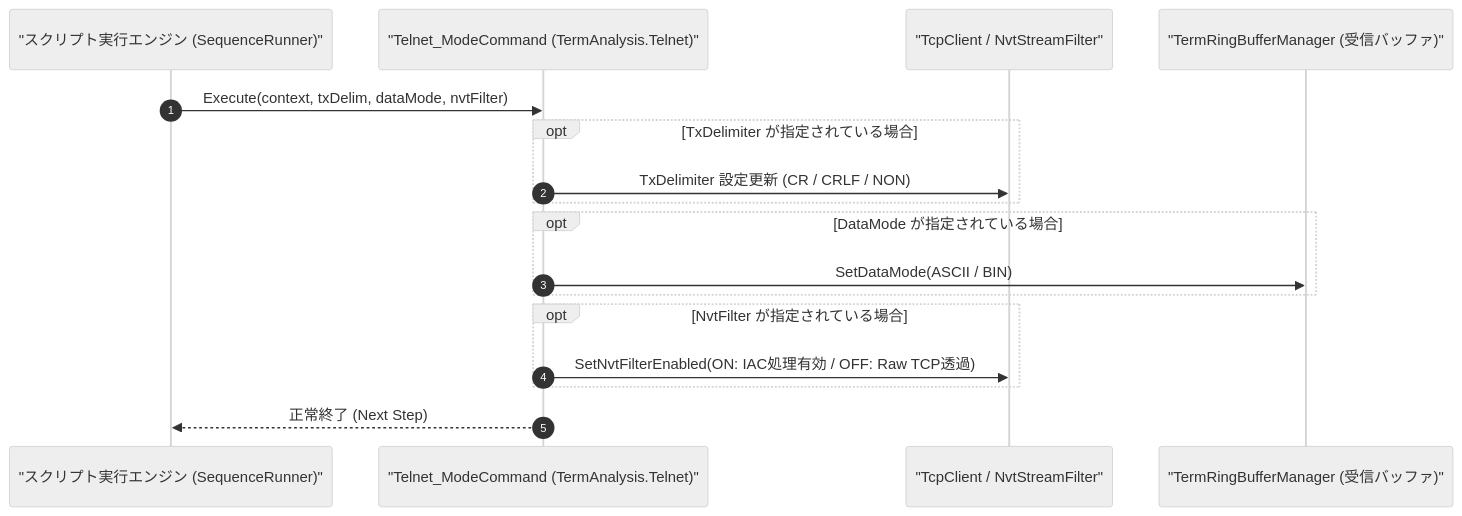
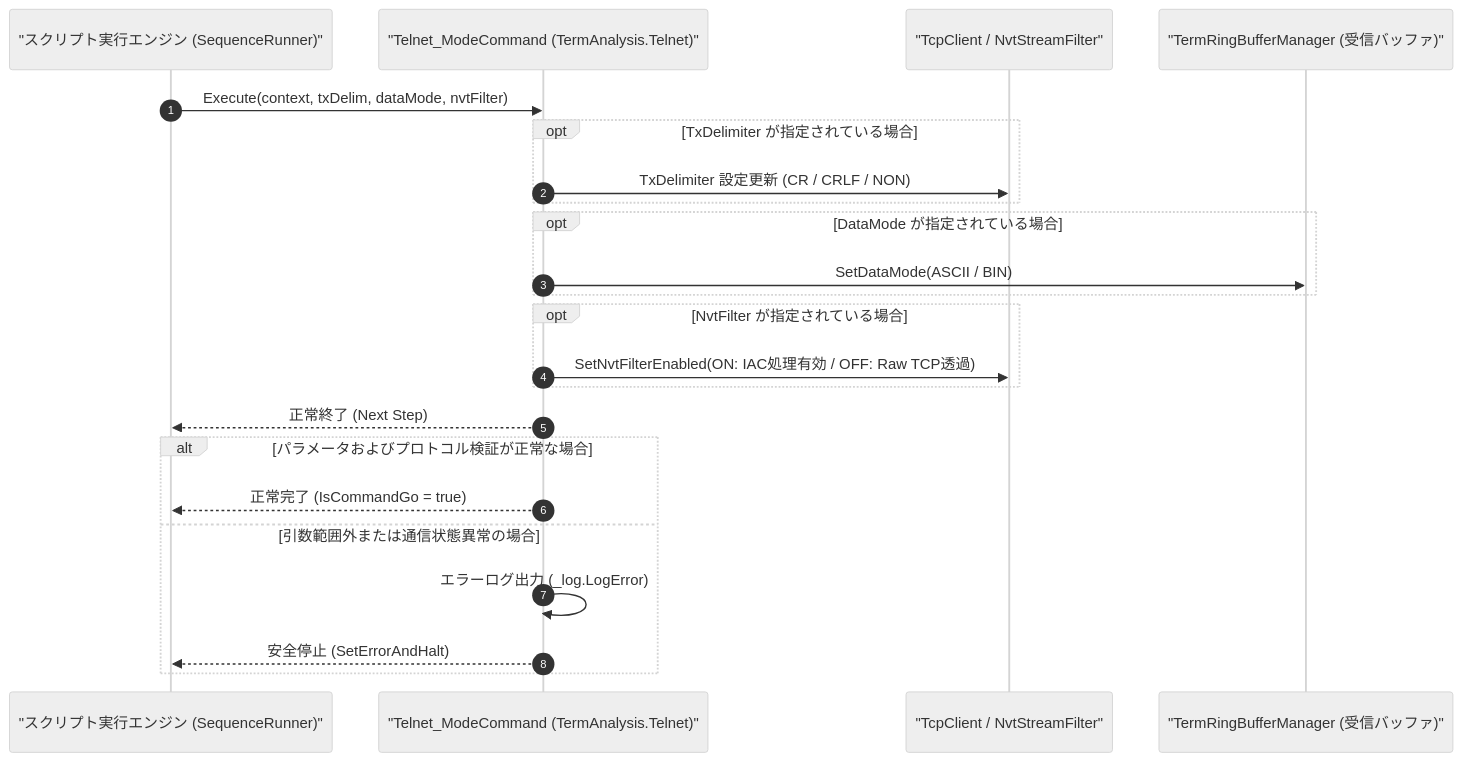
One commit to Monaca-App/TermAddIn changed the diagram in Manual/Telnet/Telnet_Mode.Md. Above: the diagram before and after it, drawn with Mermaid (neutral theme). The commit also changed other lines of this file and 31 other files, not shown here.

````diff
--- a/Manual/Telnet/Telnet_Mode.Md
+++ b/Manual/Telnet/Telnet_Mode.Md
@@ -67,20 +69,26 @@
 ```mermaid
 sequenceDiagram
     autonumber
     participant Script as "スクリプト実行エンジン (SequenceRunner)"
     participant Cmd as "Telnet_ModeCommand (TermAnalysis.Telnet)"
     participant Sock as "TcpClient / NvtStreamFilter"
     participant Buf as "TermRingBufferManager (受信バッファ)"
 
     Script->>Cmd: Execute(context, txDelim, dataMode, nvtFilter)
     opt TxDelimiter が指定されている場合
         Cmd->>Sock: TxDelimiter 設定更新 (CR / CRLF / NON)
     end
     opt DataMode が指定されている場合
         Cmd->>Buf: SetDataMode(ASCII / BIN)
     end
     opt NvtFilter が指定されている場合
         Cmd->>Sock: SetNvtFilterEnabled(ON: IAC処理有効 / OFF: Raw TCP透過)
     end
     Cmd-->>Script: 正常終了 (Next Step)
+    alt パラメータおよびプロトコル検証が正常な場合
+        Cmd-->>Script: 正常完了 (IsCommandGo = true)
+    else 引数範囲外または通信状態異常の場合
+        Cmd->>Cmd: エラーログ出力 (_log.LogError)
+        Cmd-->>Script: 安全停止 (SetErrorAndHalt)
+    end
 ```
````
